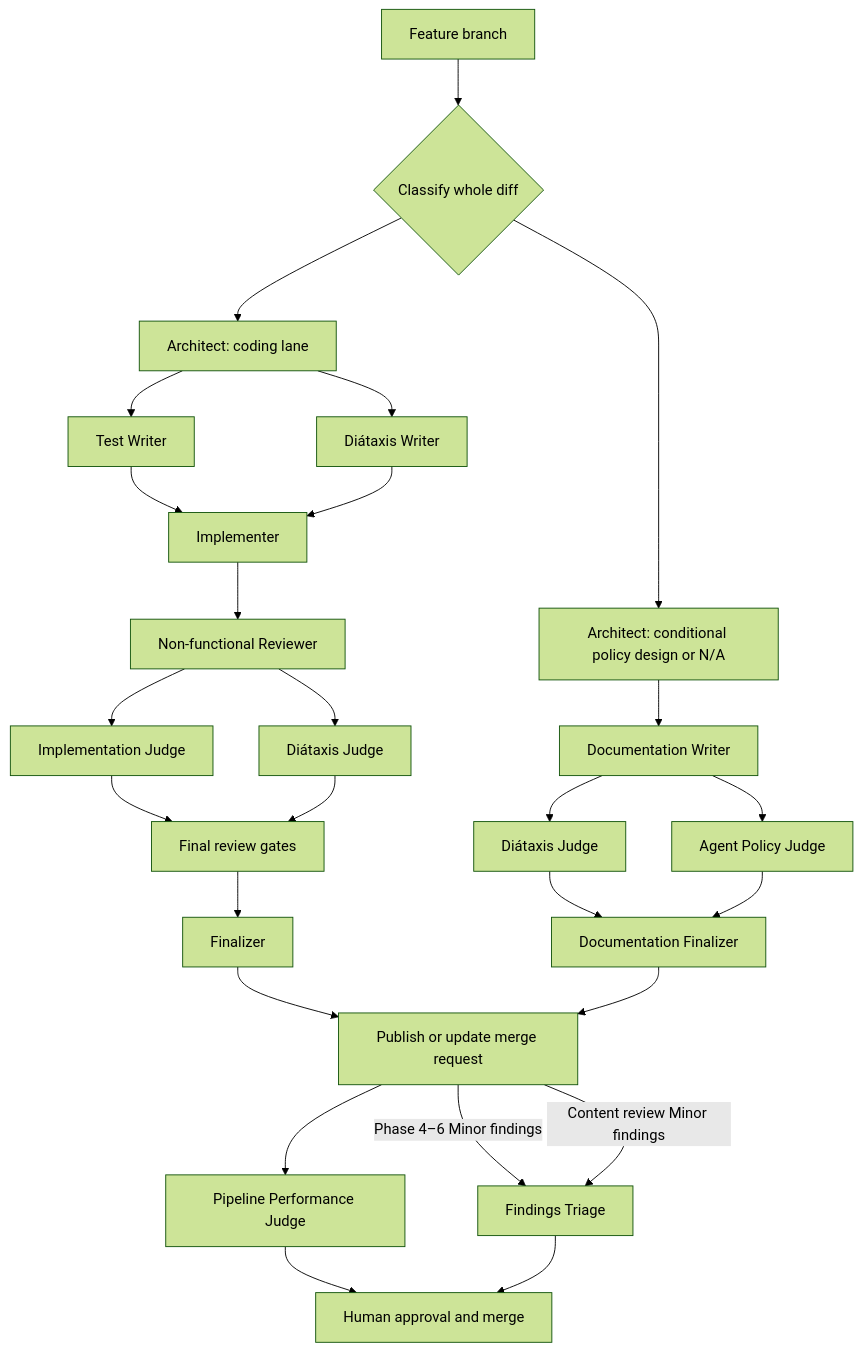
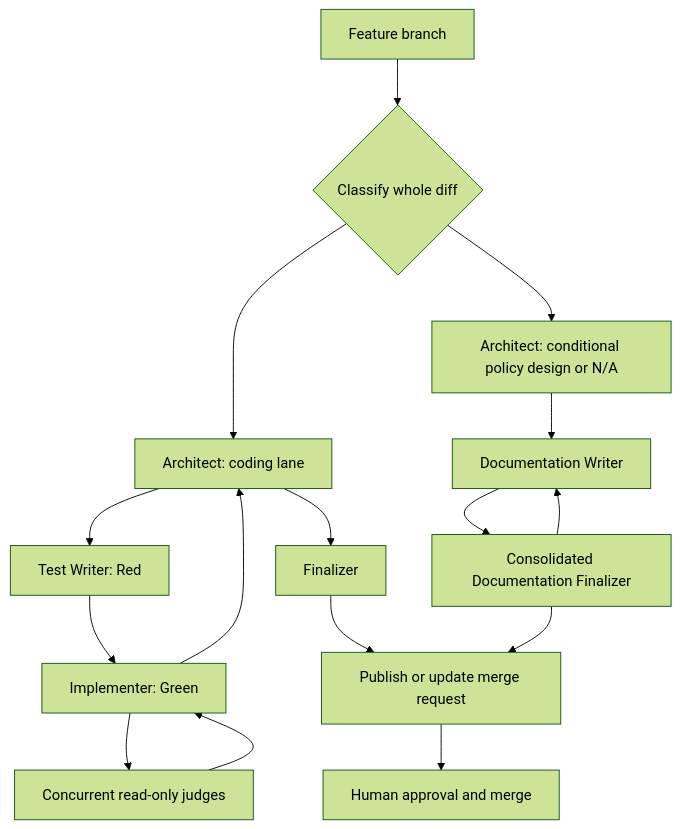
Before and after one commit to dfwguy/nvis-ova-agentic-copier: the diagram in template/docs/explanation/agentic-workflow.md, drawn with Mermaid (forest theme). The commit also changed other lines of this file and 74 other files, not shown here.

````diff
--- a/template/docs/explanation/agentic-workflow.md
+++ b/template/docs/explanation/agentic-workflow.md
@@ -102,28 +102,18 @@
 ```mermaid
 flowchart TD
     branch[Feature branch] --> classify{Classify whole diff}
     classify --> coding_architect[Architect: coding lane]
-    coding_architect --> tests[Test Writer]
-    coding_architect --> diataxis_writer[Diátaxis Writer]
-    tests --> implementer[Implementer]
-    diataxis_writer --> implementer
-    implementer --> nonfunctional[Non-functional Reviewer]
-    nonfunctional --> implementation[Implementation Judge]
-    nonfunctional --> diataxis_judge[Diátaxis Judge]
-    implementation --> final_gates[Final review gates]
-    diataxis_judge --> final_gates
-    final_gates --> coding_finalizer[Finalizer]
+    coding_architect --> tests[Test Writer: Red]
+    tests --> implementer[Implementer: Green]
+    implementer --> judges[Concurrent read-only judges]
+    judges --> implementer
+    implementer --> coding_architect
+    coding_architect --> coding_finalizer[Finalizer]
     coding_finalizer --> mr[Publish or update merge request]
     classify --> policy_architect[Architect: conditional policy design or N/A]
     policy_architect --> documentation_writer[Documentation Writer]
-    documentation_writer --> documentation_judge[Diátaxis Judge]
-    documentation_writer --> policy_judge[Agent Policy Judge]
-    documentation_judge --> documentation_finalizer[Documentation Finalizer]
-    policy_judge --> documentation_finalizer
+    documentation_writer --> documentation_finalizer[Consolidated Documentation Finalizer]
+    documentation_finalizer --> documentation_writer
     documentation_finalizer --> mr
-    mr --> pipeline[Pipeline Performance Judge]
-    mr -->|Phase 4–6 Minor findings| triage[Findings Triage]
-    mr -->|Content review Minor findings| triage
-    pipeline --> human[Human approval and merge]
-    triage --> human
+    mr --> human[Human approval and merge]
 ```
````
